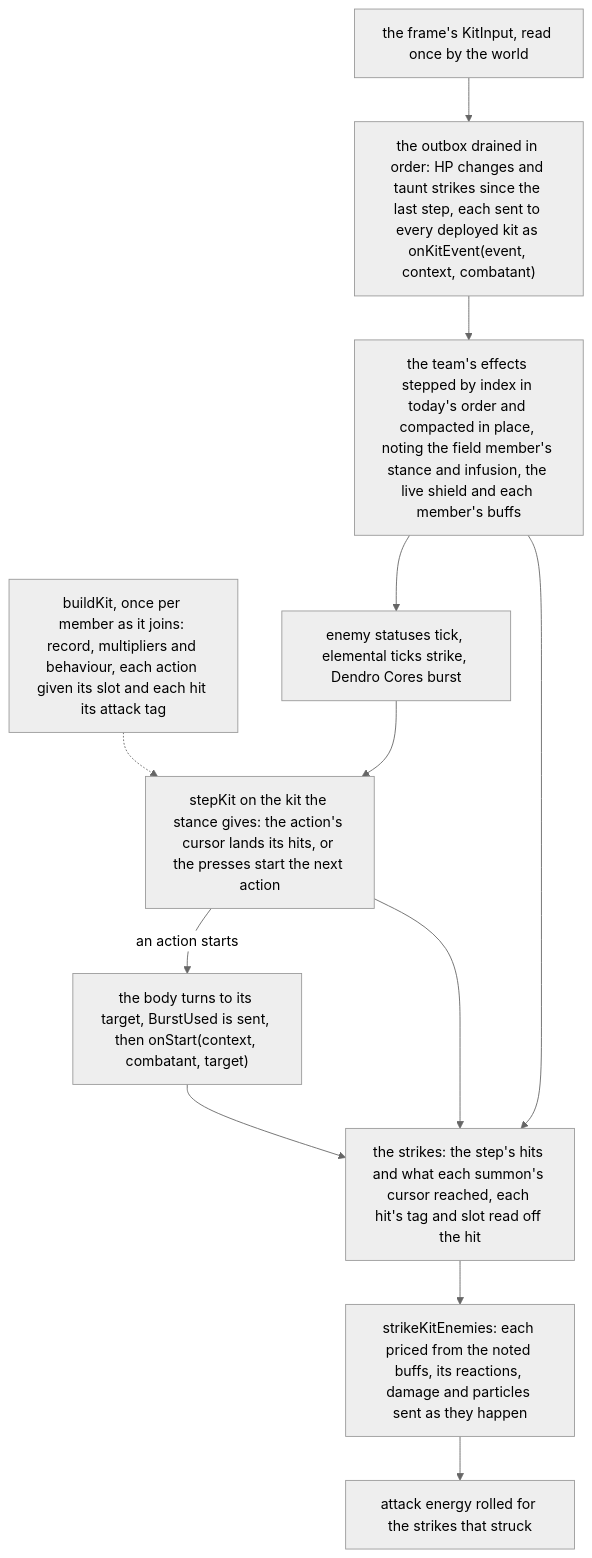
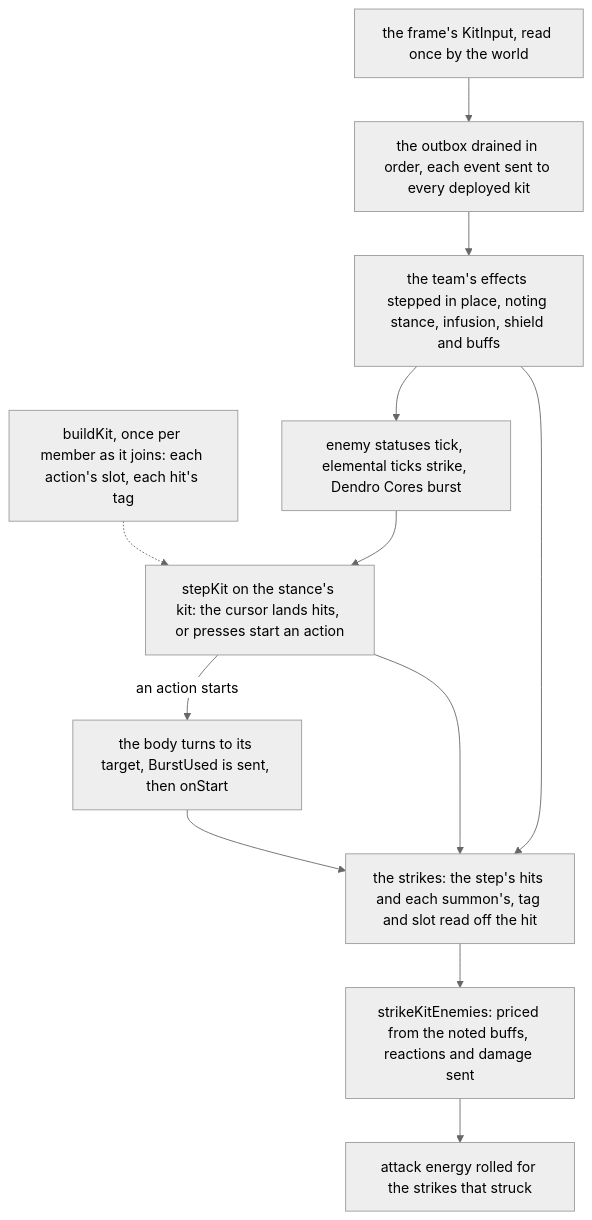
The second of 2 diagrams in apps/web/content/docs/proposals/genshin/kit-framework.md (Esposter/Esposter), drawn with Mermaid (neutral theme) before and after one commit. The commit also changed other lines of this file and 1 other file, not shown here.

Commit message:
docs(genshin): the kit framework's and the quests' diagram labels held to a name and one qualifier, their detail left to the prose
Claude-Session: https://claude.ai/code/session_01DHcujXoZm1h6YUN6jPX5DQ

````diff
--- a/apps/web/content/docs/proposals/genshin/kit-framework.md
+++ b/apps/web/content/docs/proposals/genshin/kit-framework.md
@@ -301,15 +301,15 @@
 ```mermaid
 flowchart TD
-  BUILD["buildKit, once per member as it joins: record, multipliers and behaviour, each action given its slot and each hit its attack tag"]
-  IN["the frame's KitInput, read once by the world"] --> DRAIN["the outbox drained in order: HP changes and taunt strikes since the last step, each sent to every deployed kit as onKitEvent(event, context, combatant)"]
-  DRAIN --> EFFECTS["the team's effects stepped by index in today's order and compacted in place, noting the field member's stance and infusion, the live shield and each member's buffs"]
+  BUILD["buildKit, once per member as it joins: each action's slot, each hit's tag"]
+  IN["the frame's KitInput, read once by the world"] --> DRAIN["the outbox drained in order, each event sent to every deployed kit"]
+  DRAIN --> EFFECTS["the team's effects stepped in place, noting stance, infusion, shield and buffs"]
   EFFECTS --> ENEMIES["enemy statuses tick, elemental ticks strike, Dendro Cores burst"]
-  ENEMIES --> STEP["stepKit on the kit the stance gives: the action's cursor lands its hits, or the presses start the next action"]
+  ENEMIES --> STEP["stepKit on the stance's kit: the cursor lands hits, or presses start an action"]
   BUILD -.-> STEP
-  STEP -->|"an action starts"| START["the body turns to its target, BurstUsed is sent, then onStart(context, combatant, target)"]
-  STEP --> STRIKES["the strikes: the step's hits and what each summon's cursor reached, each hit's tag and slot read off the hit"]
+  STEP -->|"an action starts"| START["the body turns to its target, BurstUsed is sent, then onStart"]
+  STEP --> STRIKES["the strikes: the step's hits and each summon's, tag and slot read off the hit"]
   EFFECTS --> STRIKES
   START --> STRIKES
-  STRIKES --> PRICE["strikeKitEnemies: each priced from the noted buffs, its reactions, damage and particles sent as they happen"]
+  STRIKES --> PRICE["strikeKitEnemies: priced from the noted buffs, reactions and damage sent"]
   PRICE --> ENERGY["attack energy rolled for the strikes that struck"]
 ```
````
